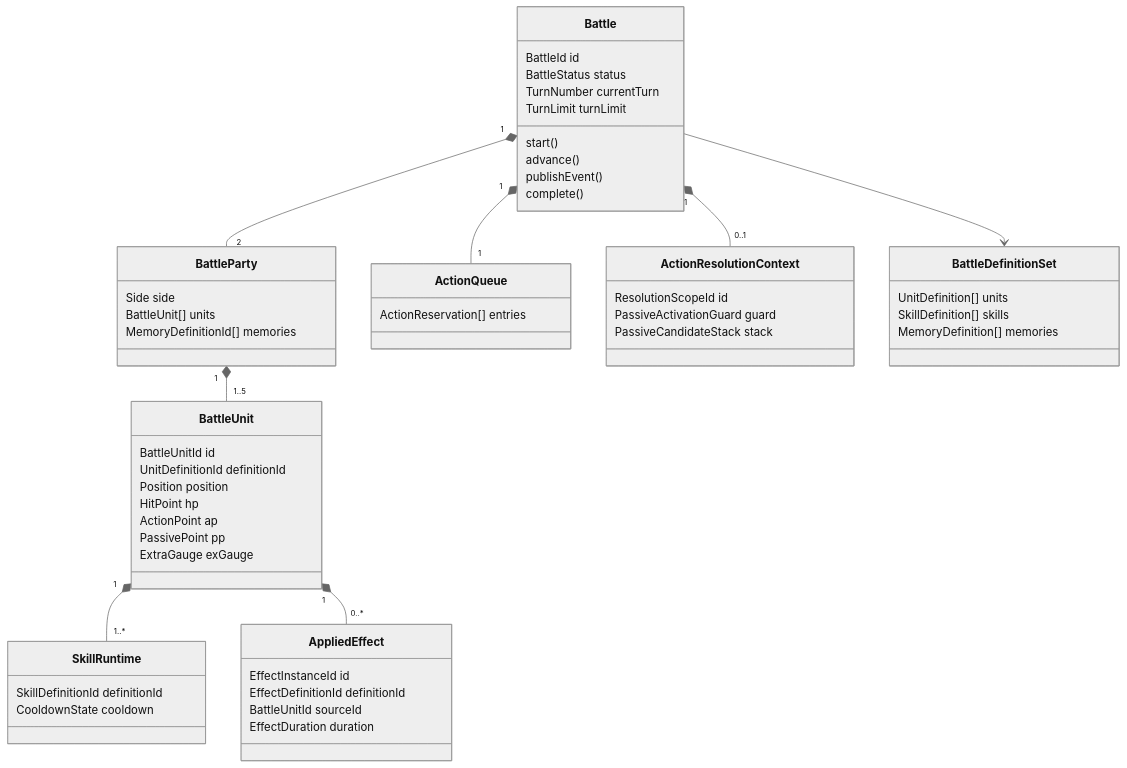
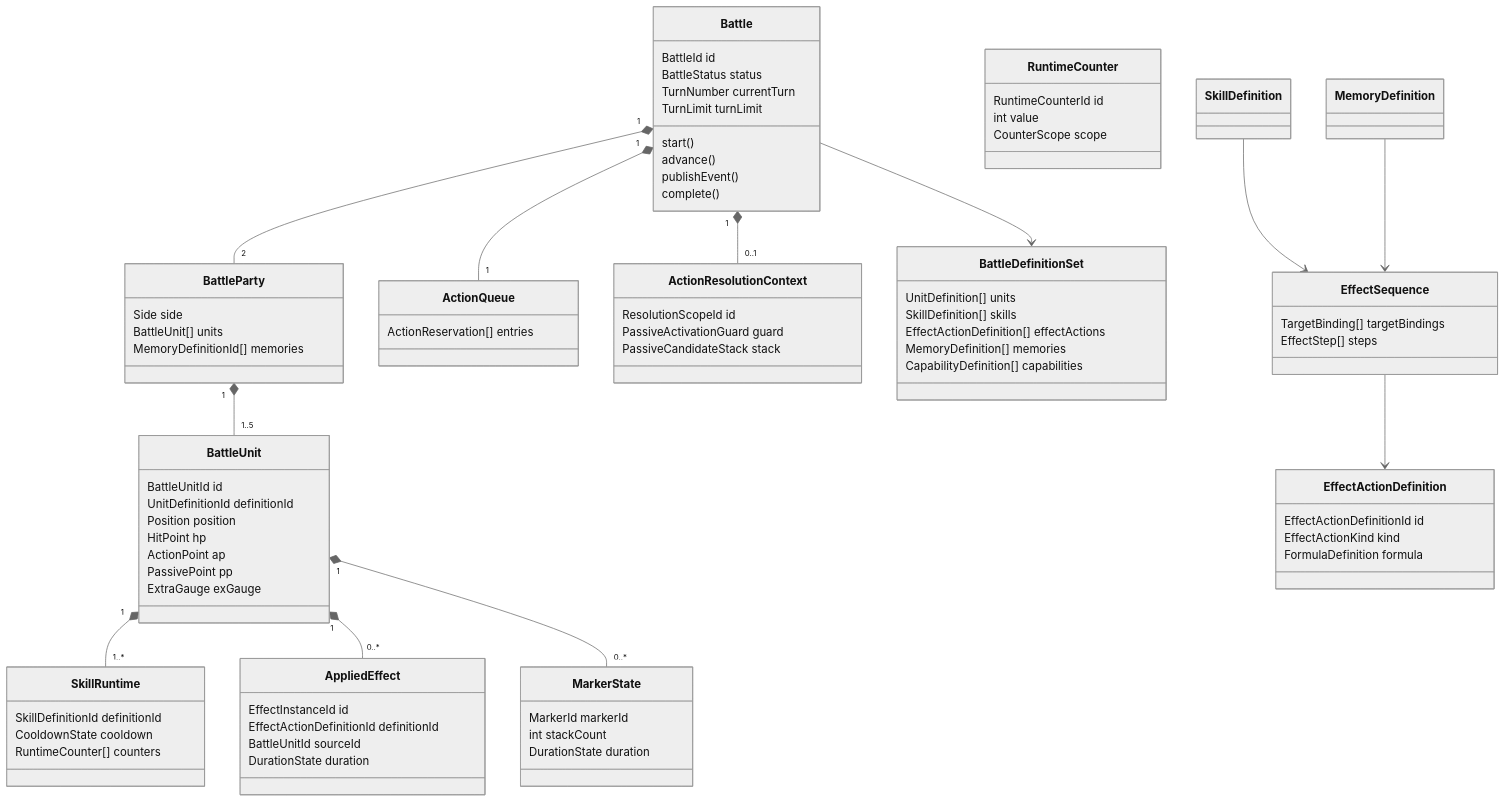
One commit to komei0727/muvluvgg_battle_simulator changed the diagram in docs/ddd/05_ドメインモデル.md. Above: the diagram before and after it, drawn with Mermaid (neutral theme). The commit also changed other lines of this file and 13 other files, not shown here.

````diff
--- a/docs/ddd/05_ドメインモデル.md
+++ b/docs/ddd/05_ドメインモデル.md
@@ -49,13 +49,26 @@
     class SkillRuntime {
         SkillDefinitionId definitionId
         CooldownState cooldown
+        RuntimeCounter[] counters
     }
 
     class AppliedEffect {
         EffectInstanceId id
-        EffectDefinitionId definitionId
+        EffectActionDefinitionId definitionId
         BattleUnitId sourceId
-        EffectDuration duration
+        DurationState duration
+    }
+
+    class MarkerState {
+        MarkerId markerId
+        int stackCount
+        DurationState duration
+    }
+
+    class RuntimeCounter {
+        RuntimeCounterId id
+        int value
+        CounterScope scope
     }
 
     class ActionQueue {
@@ -71,14 +84,31 @@
     class BattleDefinitionSet {
         UnitDefinition[] units
         SkillDefinition[] skills
+        EffectActionDefinition[] effectActions
         MemoryDefinition[] memories
+        CapabilityDefinition[] capabilities
+    }
+
+    class EffectSequence {
+        TargetBinding[] targetBindings
+        EffectStep[] steps
+    }
+
+    class EffectActionDefinition {
+        EffectActionDefinitionId id
+        EffectActionKind kind
+        FormulaDefinition formula
     }
 
     Battle "1" *-- "2" BattleParty
     BattleParty "1" *-- "1..5" BattleUnit
     BattleUnit "1" *-- "1..*" SkillRuntime
     BattleUnit "1" *-- "0..*" AppliedEffect
+    BattleUnit "1" *-- "0..*" MarkerState
     Battle "1" *-- "1" ActionQueue
     Battle "1" *-- "0..1" ActionResolutionContext
     Battle --> BattleDefinitionSet
+    SkillDefinition --> EffectSequence
+    MemoryDefinition --> EffectSequence
+    EffectSequence --> EffectActionDefinition
 ```
````
